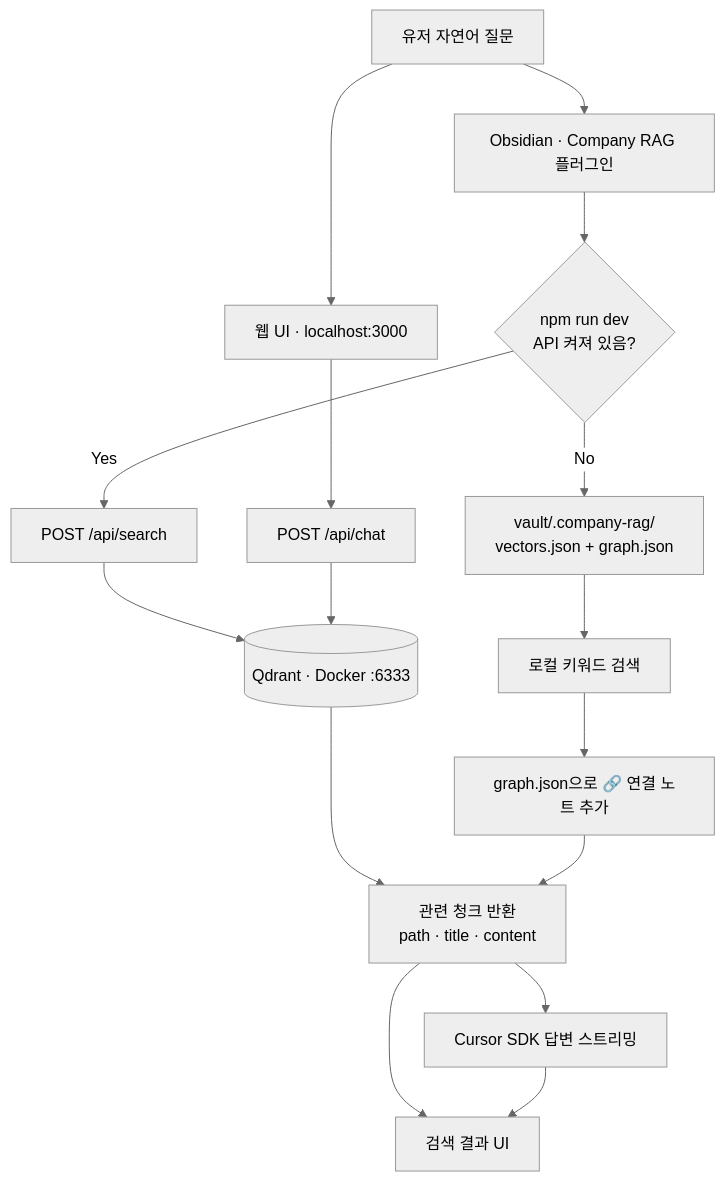
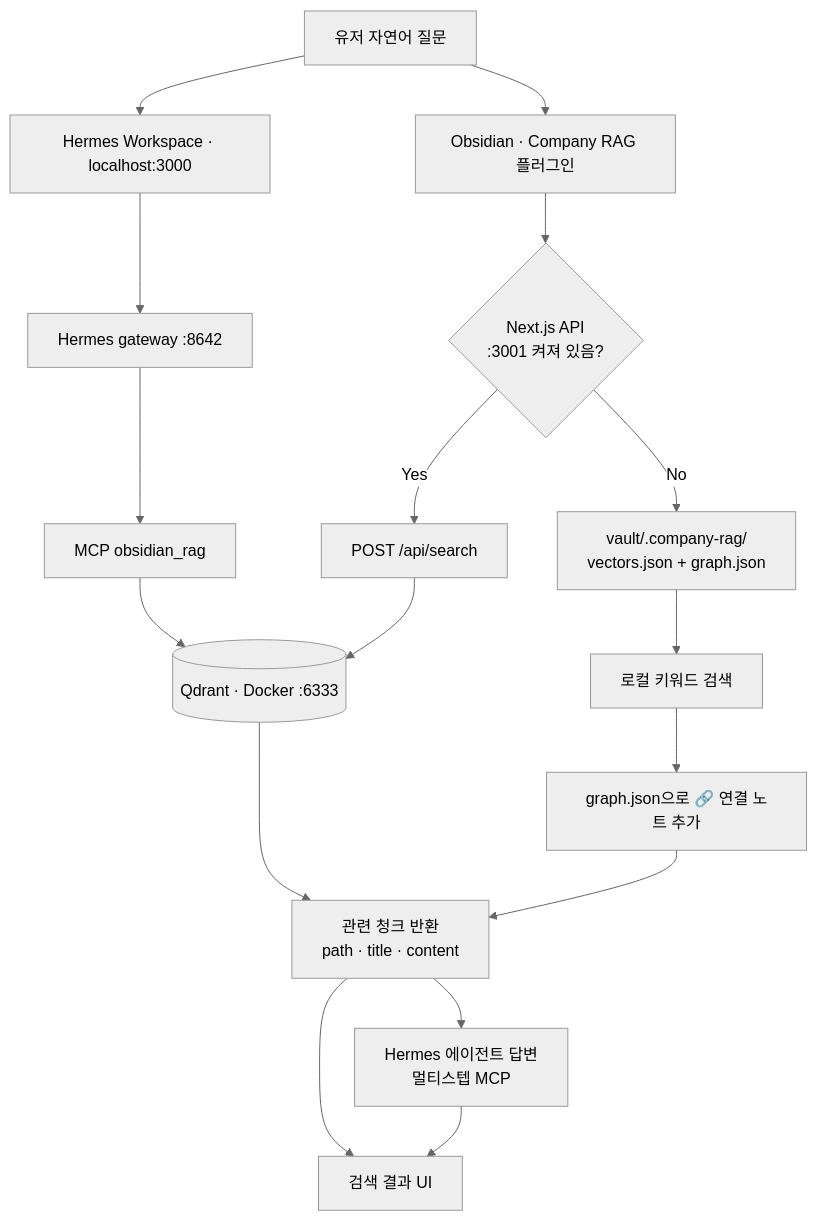
Before and after one commit to LEEHEEWON123/obsidian_chat_bot: the first of 4 diagrams in README.md, drawn with Mermaid (neutral theme). The commit also changed other lines of this file and 6 other files, not shown here.

First line of the commit message:
Integrate Hermes Workspace as the primary web UI.

````diff
--- a/README.md
+++ b/README.md
@@ -19,26 +22,27 @@
 ```mermaid
 flowchart TD
   U[유저 자연어 질문]
 
   U --> OBS[Obsidian · Company RAG 플러그인]
-  U --> WEB[웹 UI · localhost:3000]
+  U --> WEB[Hermes Workspace · localhost:3000]
 
-  OBS --> API{npm run dev<br/>API 켜져 있음?}
+  OBS --> API{Next.js API<br/>:3001 켜져 있음?}
   API -->|Yes| SEARCH["POST /api/search"]
   API -->|No| OFF["vault/.company-rag/<br/>vectors.json + graph.json"]
 
-  WEB --> CHAT["POST /api/chat"]
+  WEB --> GW[Hermes gateway :8642]
+  GW --> MCP[MCP obsidian_rag]
+  MCP --> QDRANT[(Qdrant · Docker :6333)]
 
-  SEARCH --> QDRANT[(Qdrant · Docker :6333)]
-  CHAT --> QDRANT
+  SEARCH --> QDRANT
 
   QDRANT --> CHUNKS[관련 청크 반환<br/>path · title · content]
 
   OFF --> KW[로컬 키워드 검색]
   KW --> GRAPH[graph.json으로 🔗 연결 노트 추가]
   GRAPH --> CHUNKS
 
   CHUNKS --> UI[검색 결과 UI]
-  CHUNKS --> LLM[Cursor SDK 답변 스트리밍]
-  LLM --> UI
+  CHUNKS --> HERMES[Hermes 에이전트 답변<br/>멀티스텝 MCP]
+  HERMES --> UI
 ```
````
